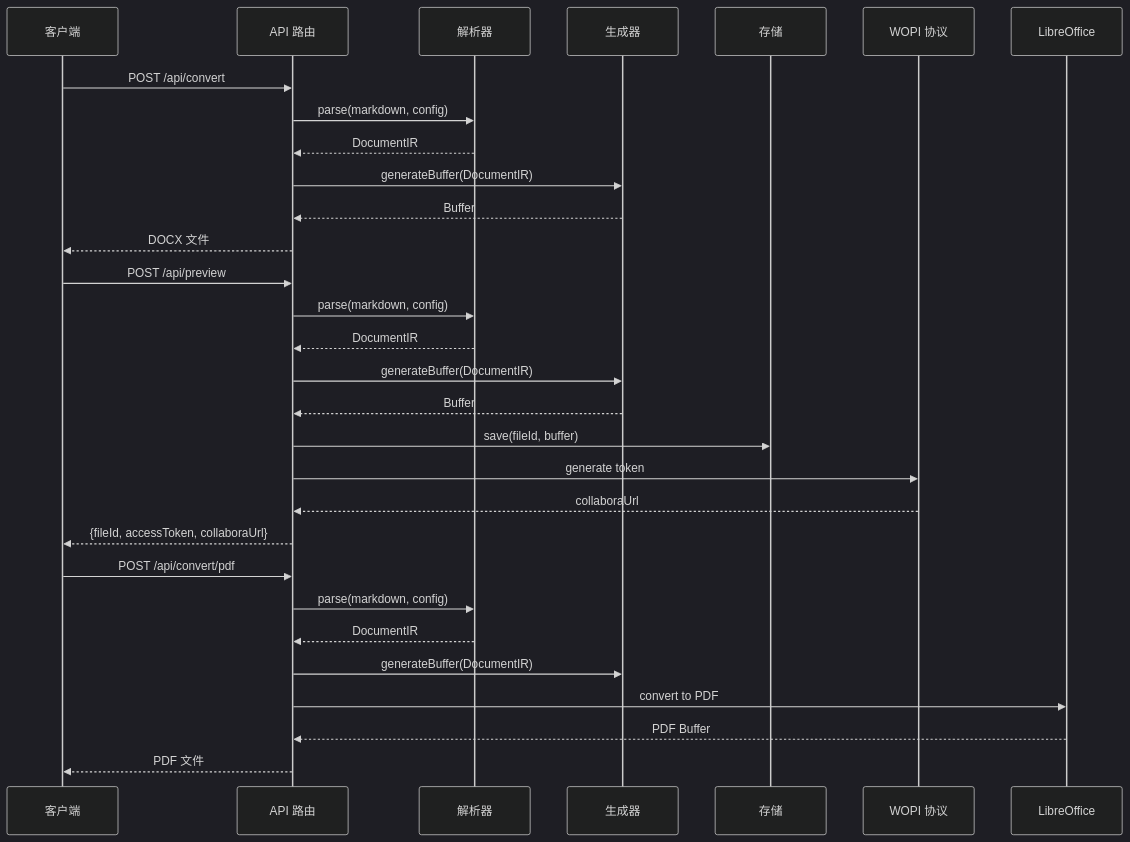
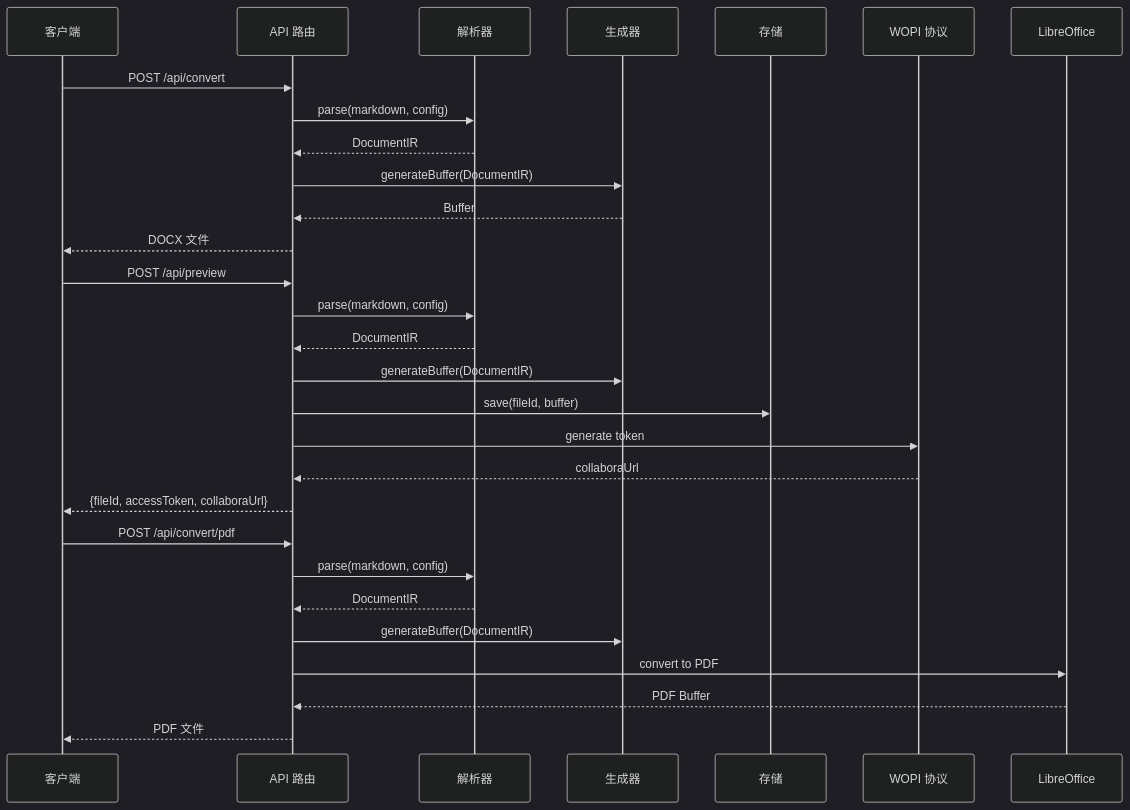
Before and after one commit to wanwushelie/markdown-to-word-studio: the seventh of 15 diagrams in .lingma/repowiki/zh/content/用户指南/前端界面现代化.md, drawn with Mermaid (dark theme). The commit also changed other lines of this file and 1 other file, not shown here.

````diff
--- a/.lingma/repowiki/zh/content/用户指南/前端界面现代化.md
+++ b/.lingma/repowiki/zh/content/用户指南/前端界面现代化.md
@@ -366,31 +444,30 @@
 ```mermaid
 sequenceDiagram
 participant Client as 客户端
 participant API as API 路由
 participant Parser as 解析器
 participant Generator as 生成器
 participant Storage as 存储
 participant WOPI as WOPI 协议
 Client->>API : POST /api/convert
 API->>Parser : parse(markdown, config)
 Parser-->>API : DocumentIR
 API->>Generator : generateBuffer(DocumentIR)
 Generator-->>API : Buffer
 API-->>Client : DOCX 文件
 Client->>API : POST /api/preview
 API->>Parser : parse(markdown, config)
 Parser-->>API : DocumentIR
 API->>Generator : generateBuffer(DocumentIR)
-Generator-->>API : Buffer
 API->>Storage : save(fileId, buffer)
 API->>WOPI : generate token
 WOPI-->>API : collaboraUrl
 API-->>Client : {fileId, accessToken, collaboraUrl}
 Client->>API : POST /api/convert/pdf
 API->>Parser : parse(markdown, config)
 Parser-->>API : DocumentIR
 API->>Generator : generateBuffer(DocumentIR)
 API->>LibreOffice : convert to PDF
 LibreOffice-->>API : PDF Buffer
 API-->>Client : PDF 文件
 ```
````
